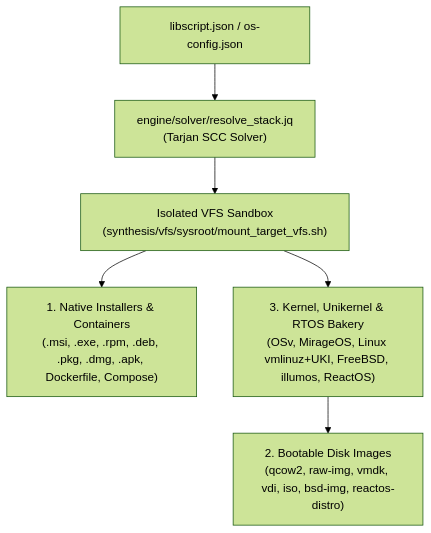
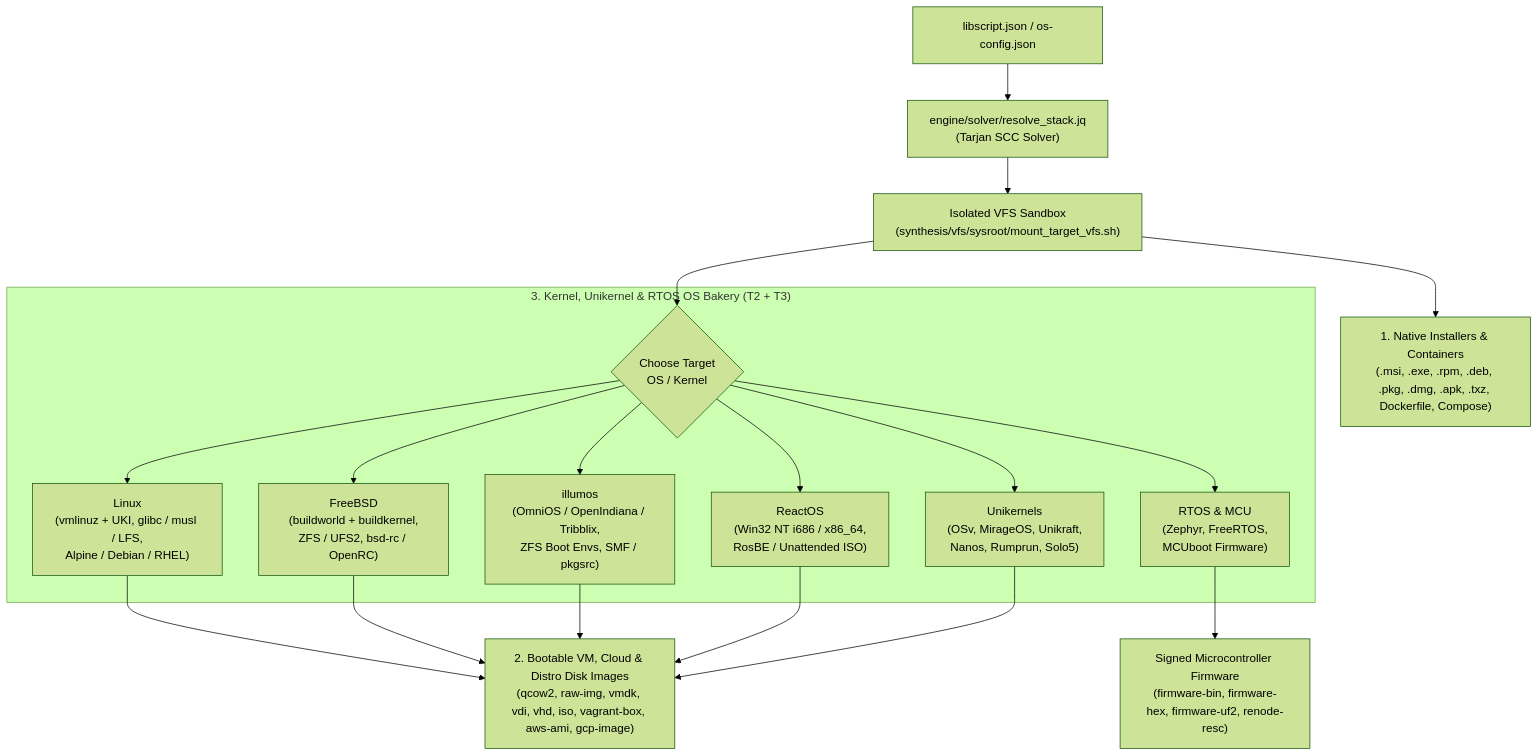
The fourth of 5 diagrams in README.md (SamuelMarks/libscript), drawn with Mermaid (forest theme) before and after one commit. The commit also changed other lines of this file and 181 other files, not shown here.

````diff
--- a/README.md
+++ b/README.md
@@ -267,9 +282,23 @@
 ```mermaid
 flowchart TD
     Stack["libscript.json / os-config.json"] --> Solver["engine/solver/resolve_stack.jq<br/>(Tarjan SCC Solver)"]
     Solver --> VFS["Isolated VFS Sandbox<br/>(synthesis/vfs/sysroot/mount_target_vfs.sh)"]
 
-    VFS --> Stage1["1. Native Installers & Containers<br/>(.msi, .exe, .rpm, .deb, .pkg, .dmg, .apk, Dockerfile, Compose)"]
-    VFS --> Stage3["3. Kernel, Unikernel & RTOS Bakery<br/>(OSv, MirageOS, Linux vmlinuz+UKI, FreeBSD, illumos, ReactOS)"]
-    Stage3 --> Stage2["2. Bootable Disk Images<br/>(qcow2, raw-img, vmdk, vdi, iso, bsd-img, reactos-distro)"]
+    VFS --> Stage1["1. Native Installers & Containers<br/>(.msi, .exe, .rpm, .deb, .pkg, .dmg, .apk, .txz, Dockerfile, Compose)"]
+
+    subgraph Stage3["3. Kernel, Unikernel & RTOS OS Bakery (T2 + T3)"]
+        Choice{"Choose Target<br/>OS / Kernel"}
+        B_Linux["Linux<br/>(vmlinuz + UKI, glibc / musl / LFS,<br/>Alpine / Debian / RHEL)"]
+        B_FreeBSD["FreeBSD<br/>(buildworld + buildkernel,<br/>ZFS / UFS2, bsd-rc / OpenRC)"]
+        B_Illumos["illumos<br/>(OmniOS / OpenIndiana / Tribblix,<br/>ZFS Boot Envs, SMF / pkgsrc)"]
+        B_ReactOS["ReactOS<br/>(Win32 NT i686 / x86_64,<br/>RosBE / Unattended ISO)"]
+        B_Unikernel["Unikernels<br/>(OSv, MirageOS, Unikraft,<br/>Nanos, Rumprun, Solo5)"]
+        B_RTOS["RTOS & MCU<br/>(Zephyr, FreeRTOS,<br/>MCUboot Firmware)"]
+
+        Choice --> B_Linux & B_FreeBSD & B_Illumos & B_ReactOS & B_Unikernel & B_RTOS
+    end
+
+    VFS --> Choice
+    B_Linux & B_FreeBSD & B_Illumos & B_ReactOS & B_Unikernel --> Stage2["2. Bootable VM, Cloud & Distro Disk Images<br/>(qcow2, raw-img, vmdk, vdi, vhd, iso, vagrant-box, aws-ami, gcp-image)"]
+    B_RTOS --> Stage2_FW["Signed Microcontroller Firmware<br/>(firmware-bin, firmware-hex, firmware-uf2, renode-resc)"]
 ```
````
